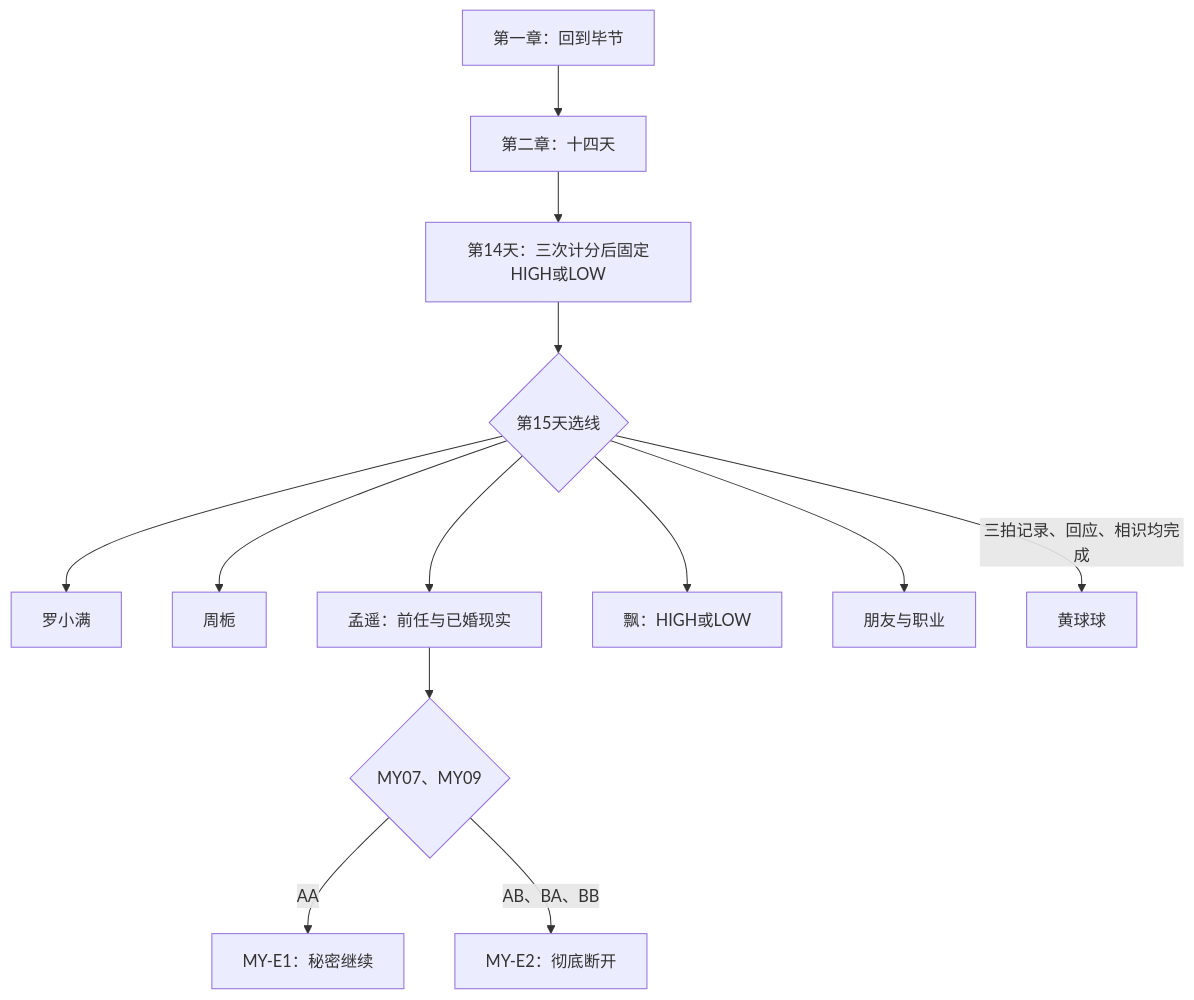
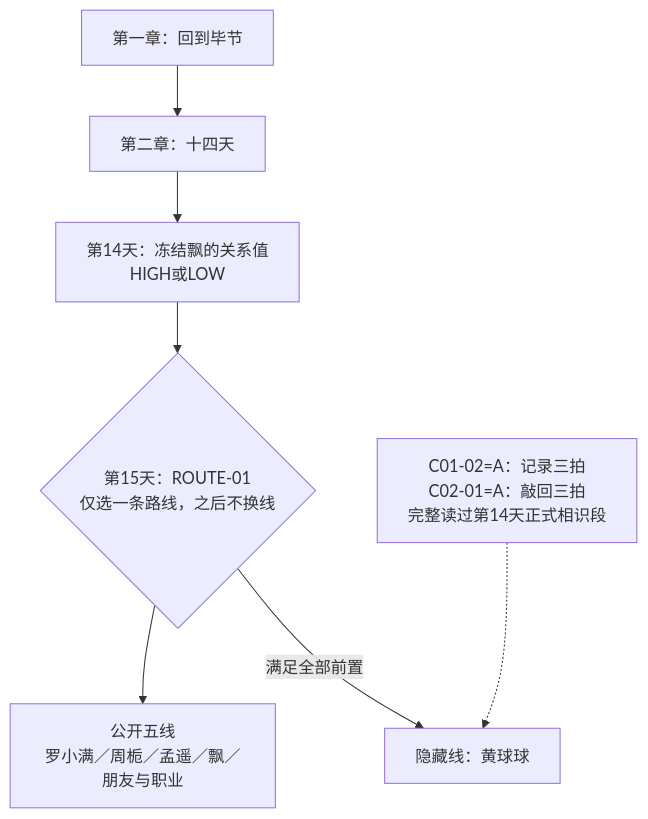
The first of 4 diagrams in docs/分支/游戏流程图.md (279905028/Suika3), drawn with Mermaid before and after one commit. The commit also changed other lines of this file and 775 other files, not shown here.

````diff
--- a/docs/分支/游戏流程图.md
+++ b/docs/分支/游戏流程图.md
@@ -3,15 +7,9 @@
 ```mermaid
 flowchart TD
-  A[第一章：回到毕节] --> B[第二章：十四天]
-  B --> R[第14天：三次计分后固定HIGH或LOW]
-  R --> C{第15天选线}
-  C --> XM[罗小满]
-  C --> ZZ[周栀]
-  C --> MY[孟遥：前任与已婚现实]
-  C --> PI[飘：HIGH或LOW]
-  C --> FR[朋友与职业]
-  C -->|三拍记录、回应、相识均完成| HQ[黄球球]
-  MY --> M{MY07、MY09}
-  M -->|AA| ME1[MY-E1：秘密继续]
-  M -->|AB、BA、BB| ME2[MY-E2：彻底断开]
+  C1["第一章：回到毕节"] --> C2["第二章：十四天"]
+  C2 --> F["第14天：冻结飘的关系值<br/>HIGH或LOW"]
+  F --> R{"第15天：ROUTE-01<br/>仅选一条路线，之后不换线"}
+  R --> O["公开五线<br/>罗小满／周栀／孟遥／飘／朋友与职业"]
+  R -->|满足全部前置| H["隐藏线：黄球球"]
+  G["C01-02=A：记录三拍<br/>C02-01=A：敲回三拍<br/>完整读过第14天正式相识段"] -.-> H
 ```
````
